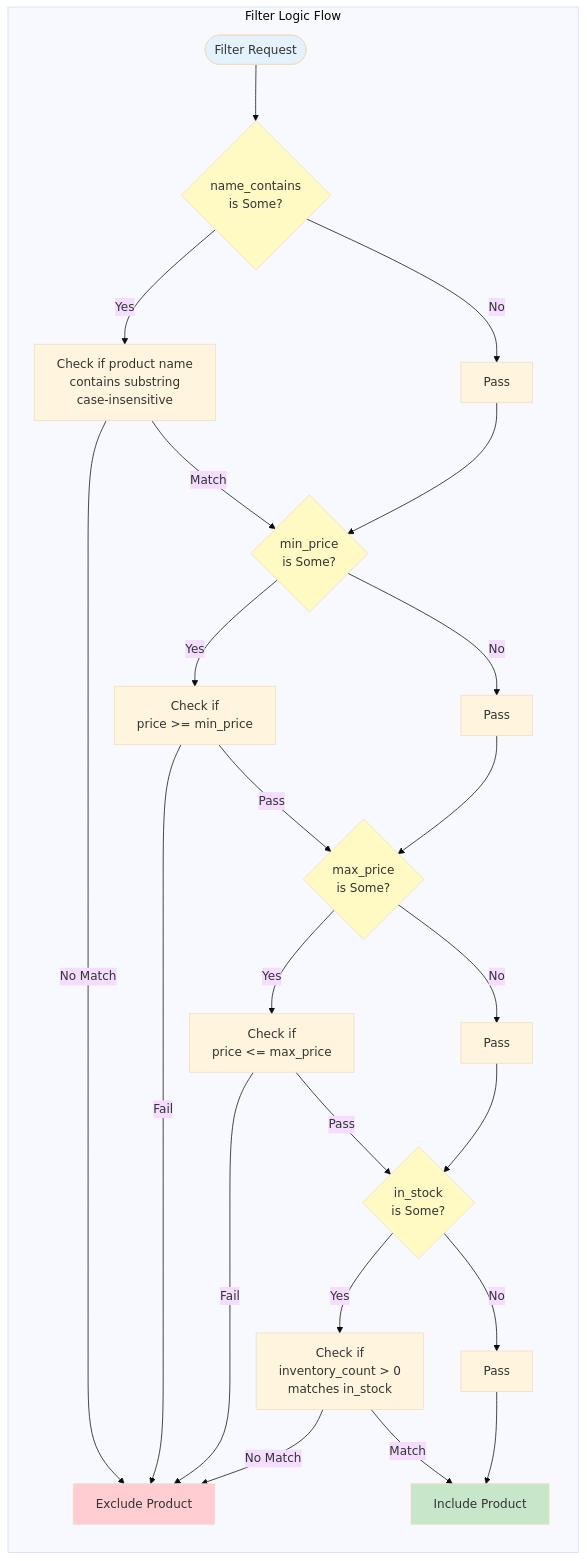
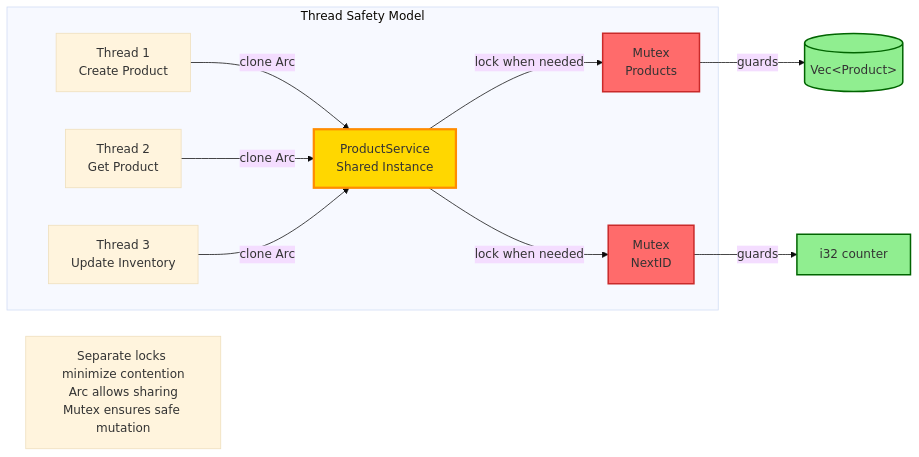
The fourth of 5 diagrams in .taskmaster/docs/task-4/diagrams.mmd (5dlabs/cto-parallel-test), drawn with Mermaid (base theme) before and after one commit. The commit also changed other lines of this file and 34 other files, not shown here.

````diff
--- a/.taskmaster/docs/task-4/diagrams.mmd
+++ b/.taskmaster/docs/task-4/diagrams.mmd
@@ -144,37 +150,31 @@
 ```mermaid
-flowchart LR
-    subgraph "Filter Logic Flow"
-        Start([Filter Request]) --> HasName{name_contains<br/>is Some?}
-        HasName -->|Yes| NameMatch[Check if product name<br/>contains substring<br/>case-insensitive]
-        HasName -->|No| NamePass[Pass]
-        NameMatch -->|Match| MinPrice{min_price<br/>is Some?}
-        NameMatch -->|No Match| Exclude[Exclude Product]
-        NamePass --> MinPrice
+graph LR
+    subgraph "Thread Safety Model"
+        T1[Thread 1<br/>Create Product]
+        T2[Thread 2<br/>Get Product]
+        T3[Thread 3<br/>Update Inventory]
 
-        MinPrice -->|Yes| MinCheck[Check if<br/>price >= min_price]
-        MinPrice -->|No| MinPass[Pass]
-        MinCheck -->|Pass| MaxPrice{max_price<br/>is Some?}
-        MinCheck -->|Fail| Exclude
-        MinPass --> MaxPrice
+        Service[ProductService<br/>Shared Instance]
 
-        MaxPrice -->|Yes| MaxCheck[Check if<br/>price <= max_price]
-        MaxPrice -->|No| MaxPass[Pass]
-        MaxCheck -->|Pass| Stock{in_stock<br/>is Some?}
-        MaxCheck -->|Fail| Exclude
-        MaxPass --> Stock
-
-        Stock -->|Yes| StockCheck[Check if<br/>inventory_count > 0<br/>matches in_stock]
-        Stock -->|No| StockPass[Pass]
-        StockCheck -->|Match| Include[Include Product]
-        StockCheck -->|No Match| Exclude
-        StockPass --> Include
+        M1[Mutex<br/>Products]
+        M2[Mutex<br/>NextID]
     end
 
-    style Start fill:#e3f2fd
-    style Include fill:#c8e6c9
-    style Exclude fill:#ffcdd2
-    style HasName fill:#fff9c4
-    style MinPrice fill:#fff9c4
-    style MaxPrice fill:#fff9c4
-    style Stock fill:#fff9c4
+    T1 -->|clone Arc| Service
+    T2 -->|clone Arc| Service
+    T3 -->|clone Arc| Service
+
+    Service -->|lock when needed| M1
+    Service -->|lock when needed| M2
+
+    M1 -->|guards| Data[(Vec&lt;Product&gt;)]
+    M2 -->|guards| ID[i32 counter]
+
+    note1[Separate locks minimize contention<br/>Arc allows sharing<br/>Mutex ensures safe mutation]
+
+    style Service fill:#FFD700,stroke:#FF8C00,stroke-width:3px
+    style M1 fill:#FF6B6B,stroke:#C92A2A,stroke-width:2px
+    style M2 fill:#FF6B6B,stroke:#C92A2A,stroke-width:2px
+    style Data fill:#90EE90,stroke:#006400,stroke-width:2px
+    style ID fill:#90EE90,stroke:#006400,stroke-width:2px
 ```
````
